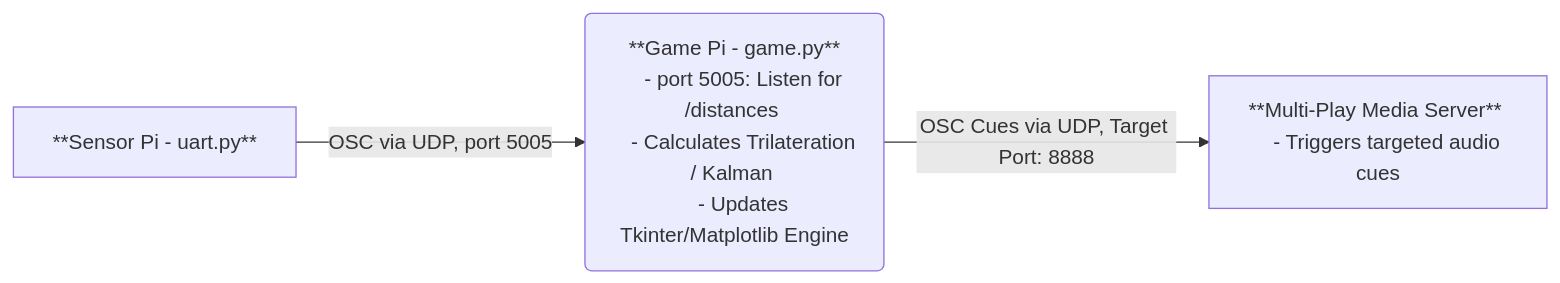
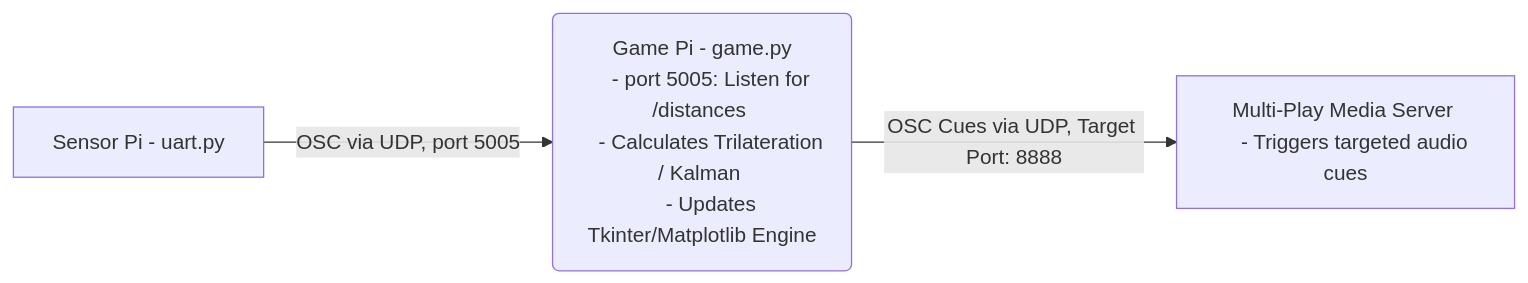
One commit to JoashYeoh/EGL314_Team-A changed the diagram in POC/docs/osc_reference.md. Above: the diagram before and after it, drawn with Mermaid.

````diff
--- a/POC/docs/osc_reference.md
+++ b/POC/docs/osc_reference.md
@@ -6,9 +6,9 @@
 ```mermaid
 flowchart LR
-    A[**Sensor Pi - uart.py**] -->|OSC via UDP, port 5005|B(**Game Pi - game.py**
+    A[Sensor Pi - uart.py] -->|OSC via UDP, port 5005|B(Game Pi - game.py
     - port 5005: Listen for /distances 
     - Calculates Trilateration / Kalman 
     - Updates Tkinter/Matplotlib Engine)
-    B-->|OSC Cues via UDP, Target Port: 8888| C[**Multi-Play Media Server** 
+    B-->|OSC Cues via UDP, Target Port: 8888| C[Multi-Play Media Server 
     - Triggers targeted audio cues]
 ```
````
